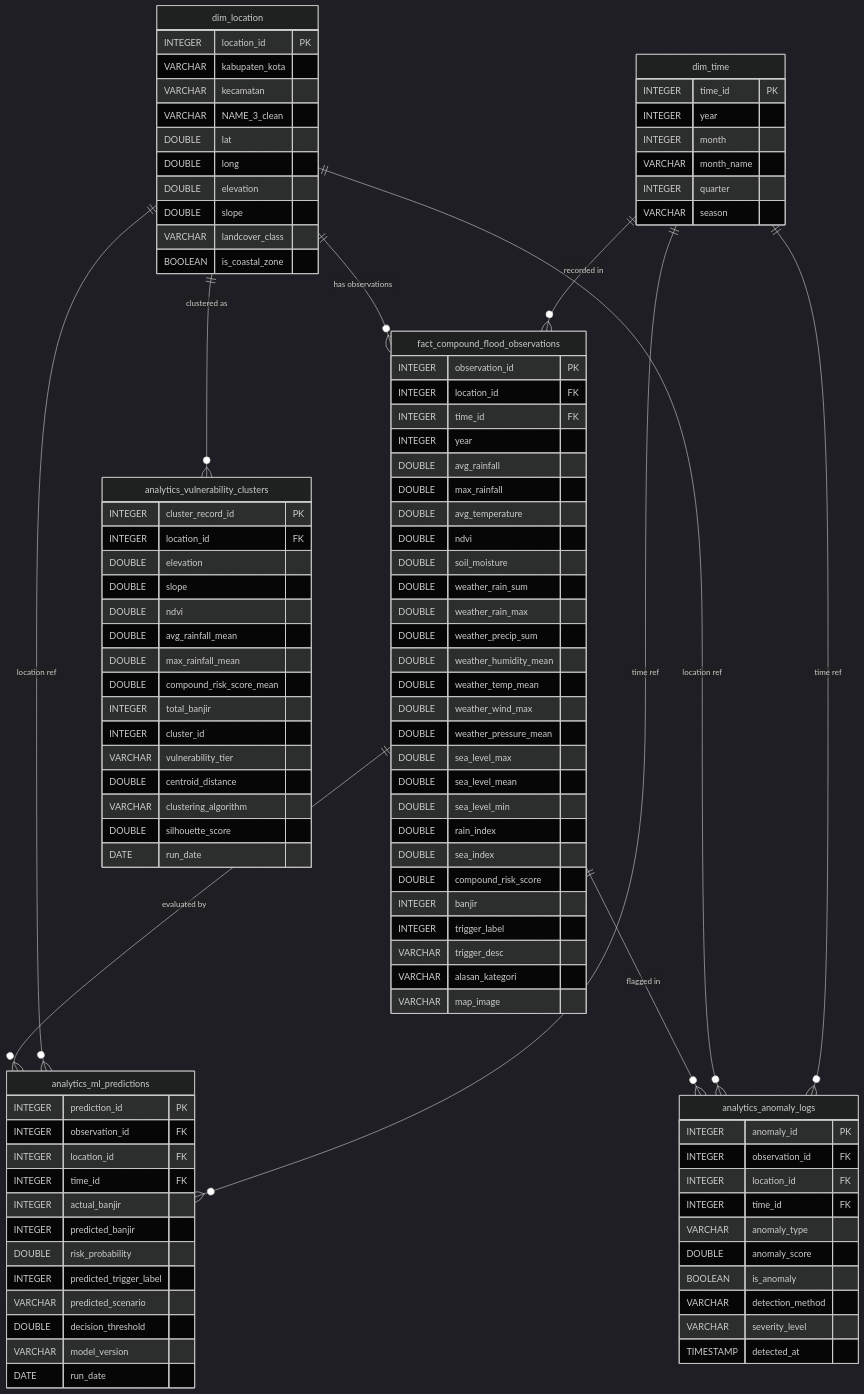
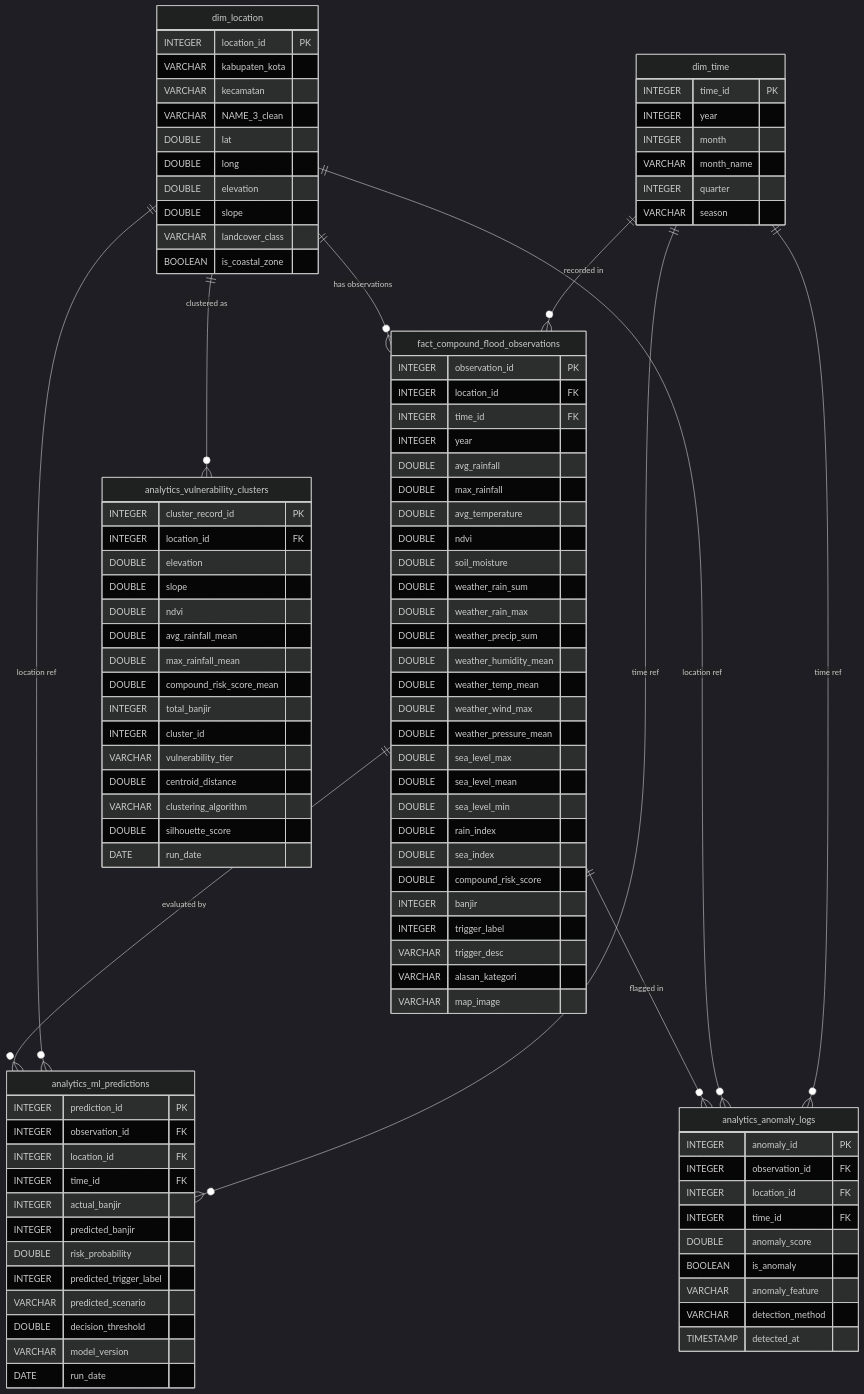
The diagram in README.md (Ade-Nugraha48/jabodetabek-compound-flood-bi), drawn with Mermaid (dark theme) before and after one commit. The commit also changed 3 other files, not shown here.

```diff
--- a/README.md
+++ b/README.md
@@ -108,11 +108,10 @@
         INTEGER observation_id FK
         INTEGER location_id FK
         INTEGER time_id FK
-        VARCHAR anomaly_type
         DOUBLE anomaly_score
         BOOLEAN is_anomaly
+        VARCHAR anomaly_feature
         VARCHAR detection_method
-        VARCHAR severity_level
         TIMESTAMP detected_at
     }
 
```
